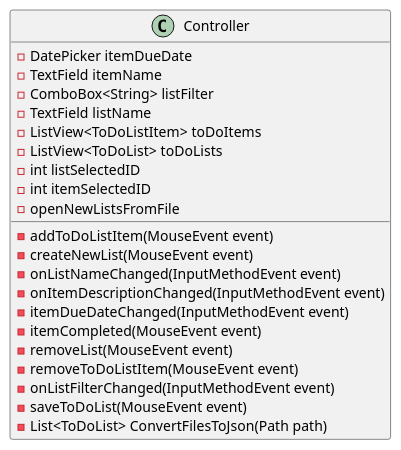
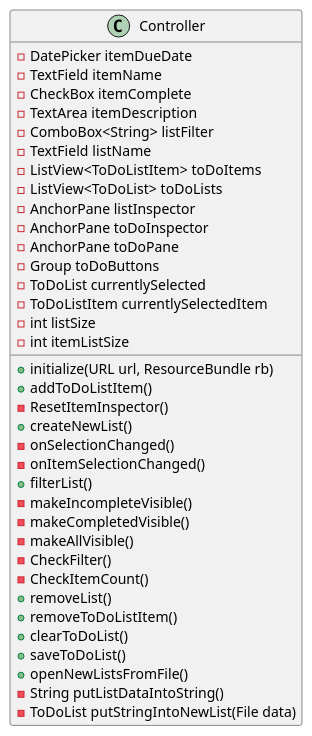
Before and after one commit to rossbrinkman/brinkman-cop3330-assignment4part2: the diagram in uml/Controller.puml, drawn with PlantUML. The commit also changed 13 other files, not shown here.

```diff
--- a/uml/Controller.puml
+++ b/uml/Controller.puml
@@ -1,28 +1,44 @@
 @startuml
 'https://plantuml.com/class-diagram
 
 class Controller
 {
     -DatePicker itemDueDate
     -TextField itemName
+    -CheckBox itemComplete
+    -TextArea itemDescription
     -ComboBox<String> listFilter
     -TextField listName
     -ListView<ToDoListItem> toDoItems
     -ListView<ToDoList> toDoLists
-    -int listSelectedID
-    -int itemSelectedID
-    -addToDoListItem(MouseEvent event)
-    -createNewList(MouseEvent event)
-    -onListNameChanged(InputMethodEvent event)
-    -onItemDescriptionChanged(InputMethodEvent event)
-    -itemDueDateChanged(InputMethodEvent event)
-    -itemCompleted(MouseEvent event)
-    -removeList(MouseEvent event)
-    -removeToDoListItem(MouseEvent event)
-    -onListFilterChanged(InputMethodEvent event)
-    -saveToDoList(MouseEvent event)
-    -openNewListsFromFile
-    -List<ToDoList> ConvertFilesToJson(Path path)
+    -AnchorPane listInspector
+    -AnchorPane toDoInspector
+    -AnchorPane toDoPane
+    -Group toDoButtons
+    -ToDoList currentlySelected
+    -ToDoListItem currentlySelectedItem
+    -int listSize
+    -int itemListSize
+
+    +initialize(URL url, ResourceBundle rb)
+    +addToDoListItem()
+    -ResetItemInspector()
+    +createNewList()
+    -onSelectionChanged()
+    -onItemSelectionChanged()
+    +filterList()
+    -makeIncompleteVisible()
+    -makeCompletedVisible()
+    -makeAllVisible()
+    -CheckFilter()
+    -CheckItemCount()
+    +removeList()
+    +removeToDoListItem()
+    +clearToDoList()
+    +saveToDoList()
+    +openNewListsFromFile()
+    -String putListDataIntoString()
+    -ToDoList putStringIntoNewList(File data)
 }
 
 @enduml
```
